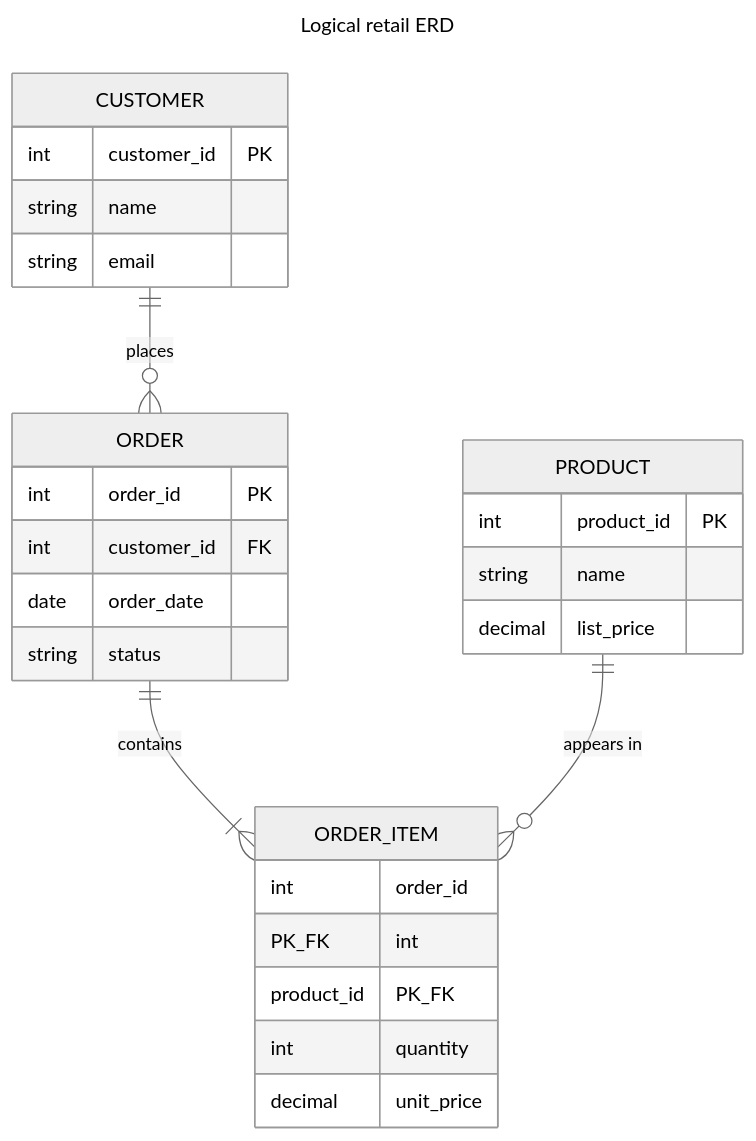
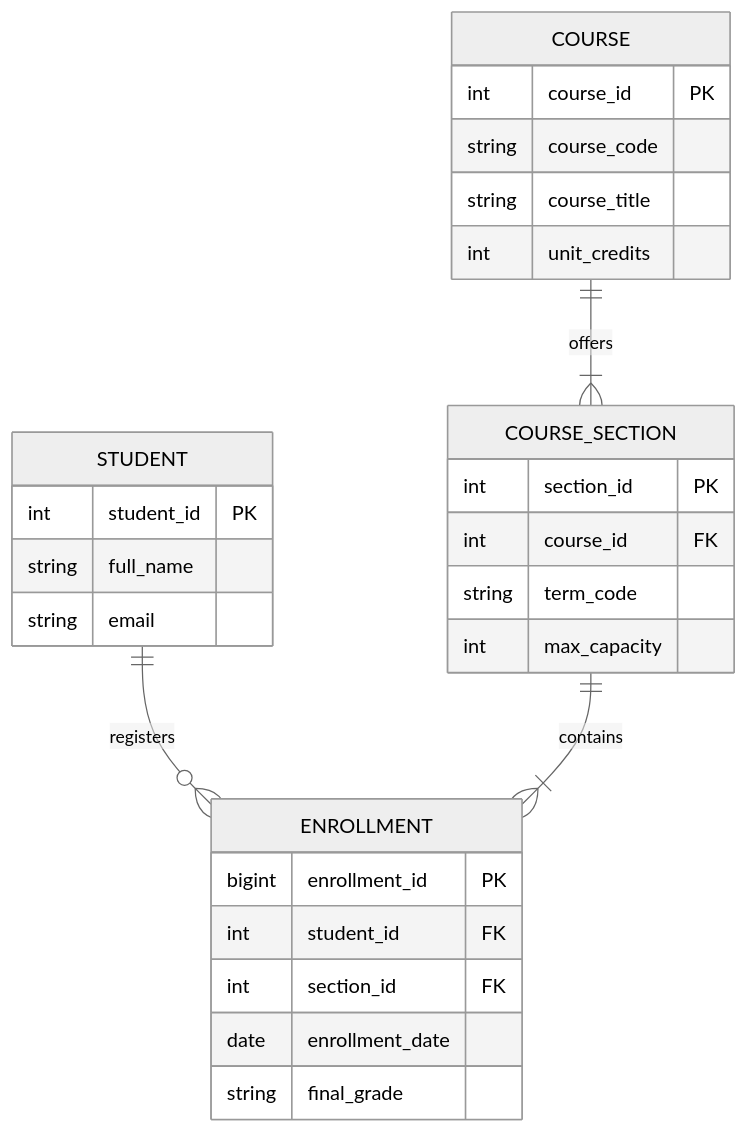
Before and after one commit to VineethChivukula/dedocs: the third of 3 diagrams in content/modeling/data-modeling-fundamentals.md, drawn with Mermaid (neutral theme). The commit also changed other lines of this file and 26 other files, not shown here.

````diff
--- a/content/modeling/data-modeling-fundamentals.md
+++ b/content/modeling/data-modeling-fundamentals.md
@@ -151,35 +155,34 @@
 ```mermaid
----
-title: Logical retail ERD
----
 erDiagram
-    CUSTOMER ||--o{ ORDER : places
-    ORDER ||--|{ ORDER_ITEM : contains
-    PRODUCT ||--o{ ORDER_ITEM : "appears in"
+    STUDENT ||--o{ ENROLLMENT : registers
+    COURSE_SECTION ||--|{ ENROLLMENT : contains
+    COURSE ||--|{ COURSE_SECTION : offers
 
-    CUSTOMER {
-        int customer_id PK
-        string name
+    STUDENT {
+        int student_id PK
+        string full_name
         string email
     }
 
-    ORDER {
-        int order_id PK
-        int customer_id FK
-        date order_date
-        string status
+    COURSE {
+        int course_id PK
+        string course_code
+        string course_title
+        int unit_credits
     }
 
-    ORDER_ITEM {
-        int order_id PK_FK
-        int product_id PK_FK
-        int quantity
-        decimal unit_price
+    COURSE_SECTION {
+        int section_id PK
+        int course_id FK
+        string term_code
+        int max_capacity
     }
 
-    PRODUCT {
-        int product_id PK
-        string name
-        decimal list_price
+    ENROLLMENT {
+        bigint enrollment_id PK
+        int student_id FK
+        int section_id FK
+        date enrollment_date
+        string final_grade
     }
 ```
````
